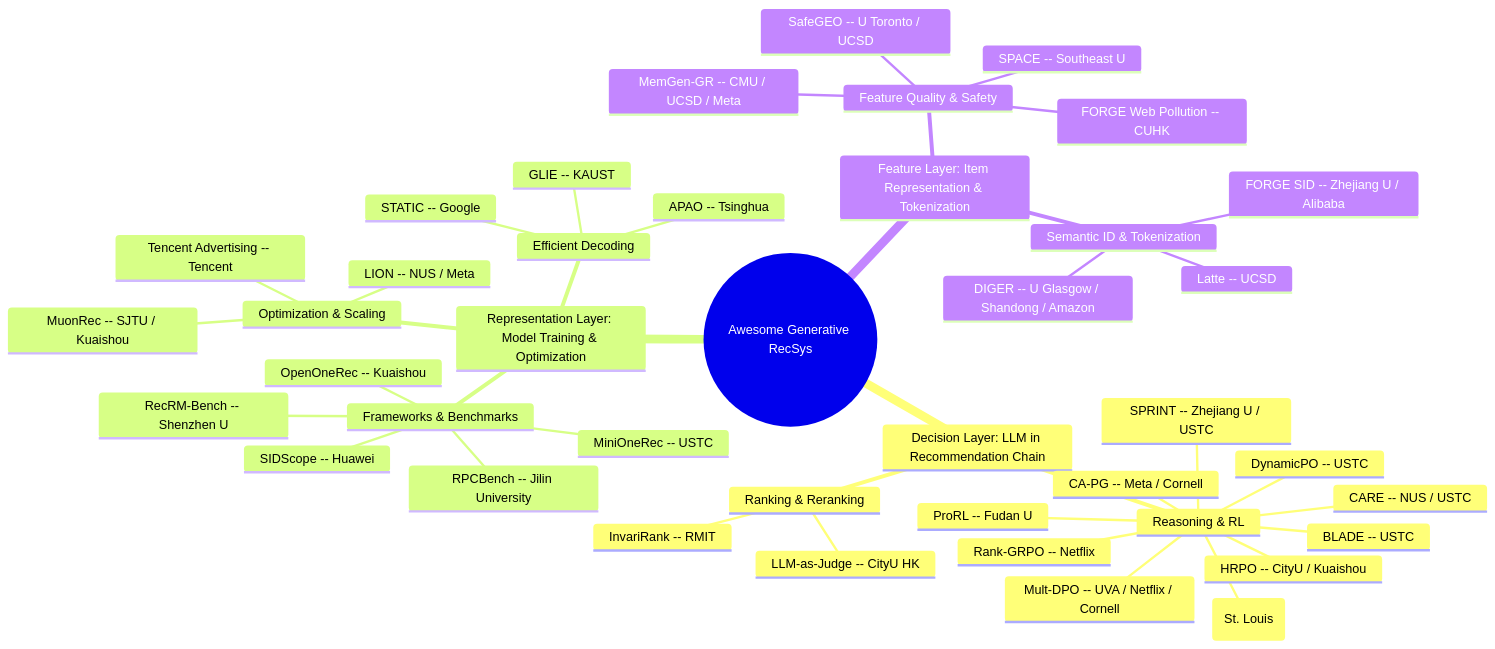
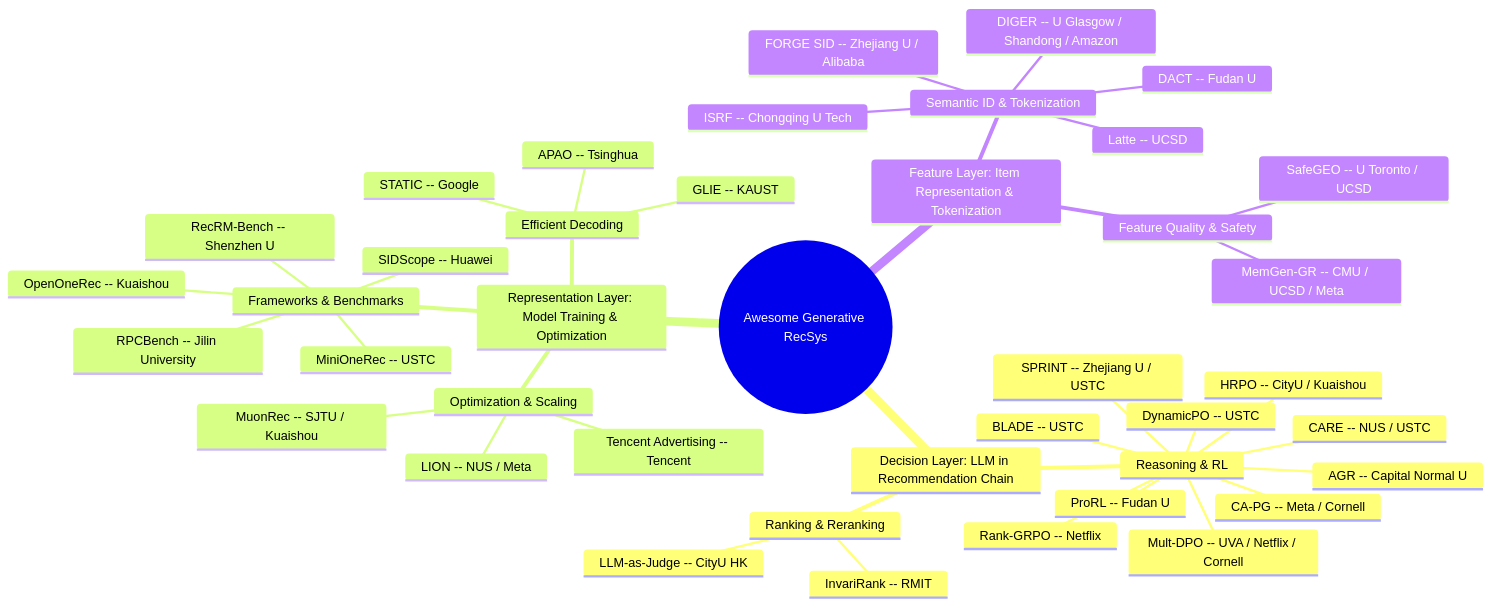
One commit to HaFred/awesome-generative-recsys changed the diagram in README.md. Above: the diagram before and after it, drawn with Mermaid. The commit also changed other lines of this file and 3 other files, not shown here.

````diff
--- a/README.md
+++ b/README.md
@@ -30,44 +30,44 @@
 ```mermaid
 mindmap
   root((Awesome Generative RecSys))
     Decision Layer: LLM in Recommendation Chain
       Reasoning & RL
         Rank-GRPO -- Netflix
         DynamicPO -- USTC
         BLADE -- USTC
         SPRINT -- Zhejiang U / USTC
         CARE -- NUS / USTC
         HRPO -- CityU / Kuaishou
         Mult-DPO -- UVA / Netflix / Cornell
         CA-PG -- Meta / Cornell
         ProRL -- Fudan U
-        PAPA -- WashU (St. Louis)
+        AGR -- Capital Normal U
       Ranking & Reranking
         InvariRank -- RMIT
         LLM-as-Judge -- CityU HK
     Representation Layer: Model Training & Optimization
       Frameworks & Benchmarks
         MiniOneRec -- USTC
         OpenOneRec -- Kuaishou
         RecRM-Bench -- Shenzhen U
         SIDScope -- Huawei
         RPCBench -- Jilin University
       Efficient Decoding
         STATIC -- Google
         APAO -- Tsinghua
         GLIE -- KAUST
       Optimization & Scaling
         MuonRec -- SJTU / Kuaishou
         Tencent Advertising -- Tencent
         LION -- NUS / Meta
     Feature Layer: Item Representation & Tokenization
       Semantic ID & Tokenization
         Latte -- UCSD
         FORGE SID -- Zhejiang U / Alibaba
         DIGER -- U Glasgow / Shandong / Amazon
+        DACT -- Fudan U
+        ISRF -- Chongqing U Tech
       Feature Quality & Safety
         SafeGEO -- U Toronto / UCSD
         MemGen-GR -- CMU / UCSD / Meta
-        FORGE Web Pollution -- CUHK
-        SPACE -- Southeast U
 ```
````
